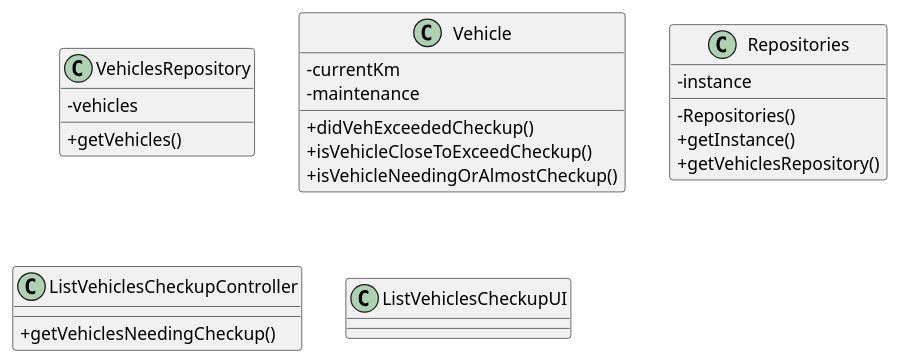
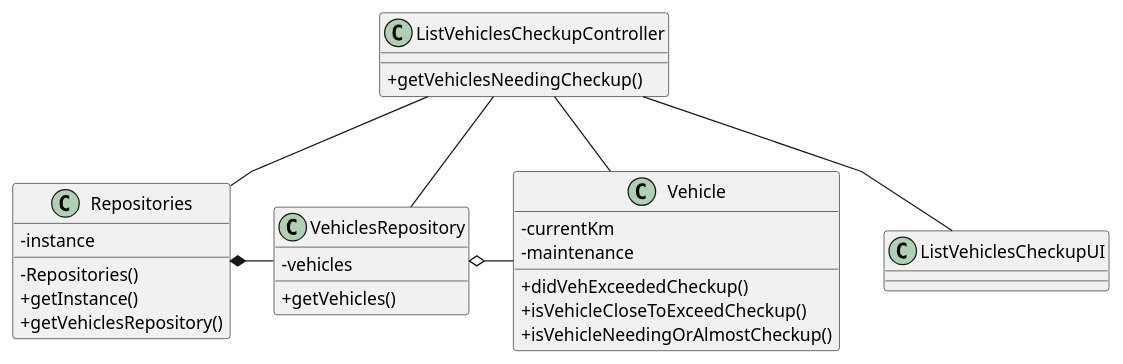
Before and after one commit to 1231360-ISEP/lei-24-s2-1db-g021: the diagram in docs/sprint2/us008/03.design/puml/us008-class-diagram.puml, drawn with PlantUML.

Commit message:
US008 - Finishing Class Diagram.

```diff
--- a/docs/sprint2/us008/03.design/puml/us008-class-diagram.puml
+++ b/docs/sprint2/us008/03.design/puml/us008-class-diagram.puml
@@ -1,38 +1,47 @@
 @startuml
 'skinparam monochrome true
 skinparam packageStyle rectangle
 skinparam shadowing false
 skinparam linetype polyline
 'skinparam linetype orto
 
 skinparam classAttributeIconSize 0
 
 'left to right direction
 
 class VehiclesRepository {
     - vehicles
     + getVehicles()
 }
 class Vehicle {
     - currentKm
     - maintenance
     + didVehExceededCheckup()
     + isVehicleCloseToExceedCheckup()
     + isVehicleNeedingOrAlmostCheckup()
 }
 
 class Repositories {
     - instance
     - Repositories()
     + getInstance()
     + getVehiclesRepository()
 }
 
 class ListVehiclesCheckupController {
     + getVehiclesNeedingCheckup()
 }
 
 class ListVehiclesCheckupUI {
 }
 
+Repositories *- VehiclesRepository
+
+VehiclesRepository o- Vehicle
+
+ListVehiclesCheckupController -- ListVehiclesCheckupUI
+ListVehiclesCheckupController -- Repositories
+ListVehiclesCheckupController -- VehiclesRepository
+ListVehiclesCheckupController -- Vehicle
+
 @enduml
```
